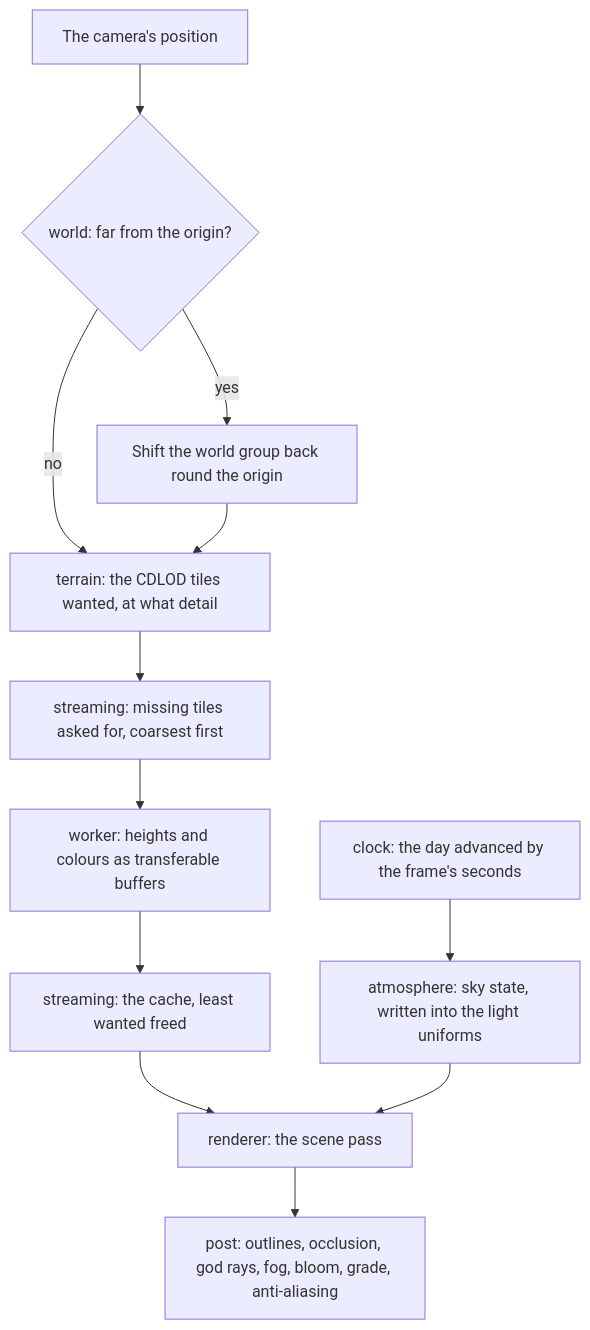
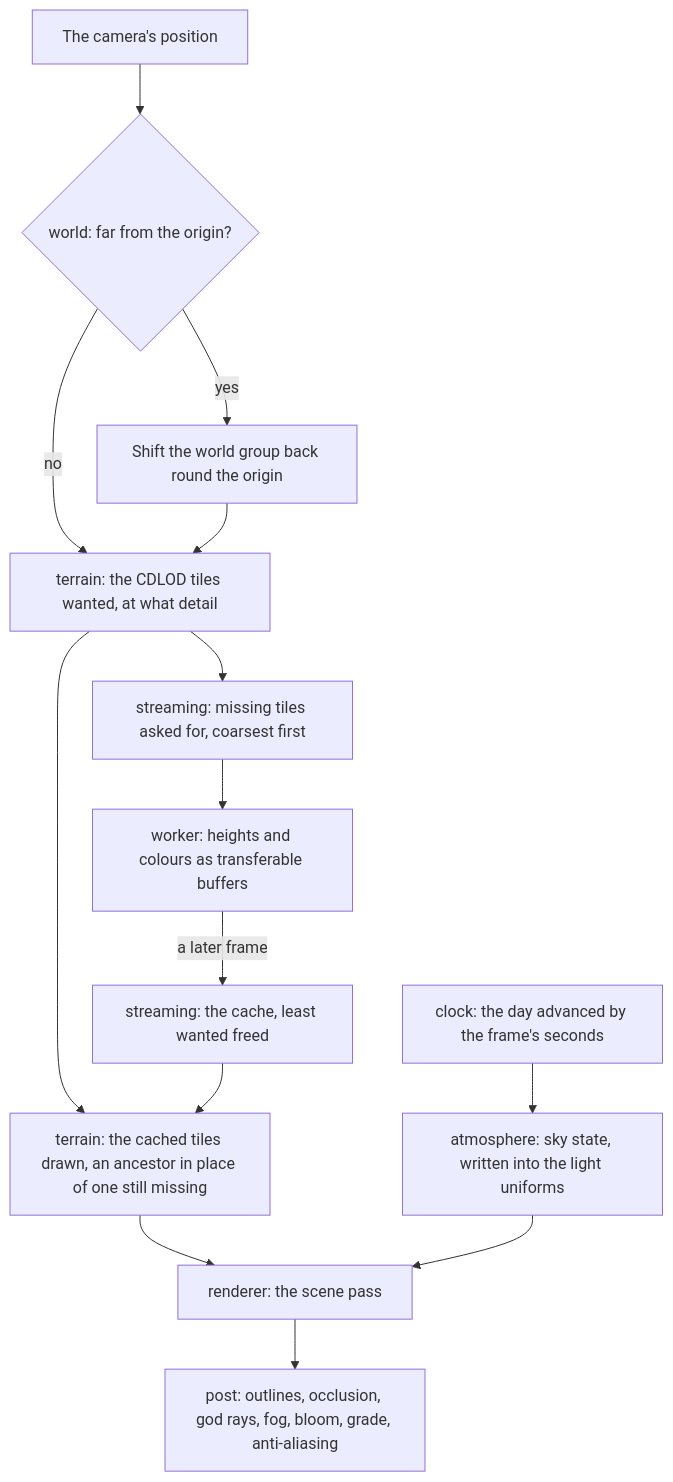
Before and after one commit to Esposter/Esposter: the diagram in apps/web/content/docs/genshin/engine-architecture.md, drawn with Mermaid. The commit also changed other lines of this file, not shown here.

Commit message:
docs(genshin): a frame draws only the tiles already cached, and asks for the missing ones to arrive in a later frame
Answers: 4202052829

````diff
--- a/apps/web/content/docs/genshin/engine-architecture.md
+++ b/apps/web/content/docs/genshin/engine-architecture.md
@@ -42,14 +42,16 @@
 ```mermaid
 flowchart TD
   CLK["clock: the day advanced by the frame's seconds"] --> ATM["atmosphere: sky state, written into the light uniforms"]
   CAM["The camera's position"] --> ORG{"world: far from the origin?"}
   ORG -->|yes| SHIFT["Shift the world group back round the origin"]
   ORG -->|no| SEL
   SHIFT --> SEL["terrain: the CDLOD tiles wanted, at what detail"]
+  SEL --> DRW["terrain: the cached tiles drawn, an ancestor in place of one still missing"]
   SEL --> STR["streaming: missing tiles asked for, coarsest first"]
   STR --> WK["worker: heights and colours as transferable buffers"]
-  WK --> CACHE["streaming: the cache, least wanted freed"]
-  CACHE --> RND["renderer: the scene pass"]
+  WK -->|a later frame| CACHE["streaming: the cache, least wanted freed"]
+  CACHE --> DRW
+  DRW --> RND["renderer: the scene pass"]
   ATM --> RND
   RND --> PST["post: outlines, occlusion, god rays, fog, bloom, grade, anti-aliasing"]
 ```
````
